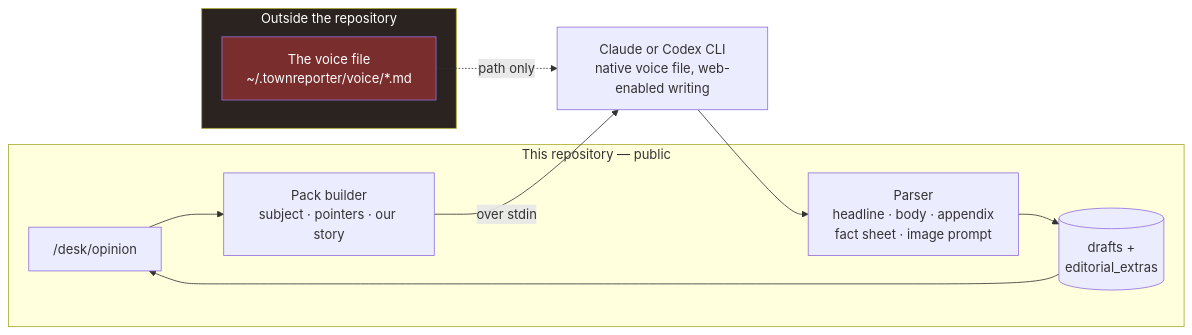
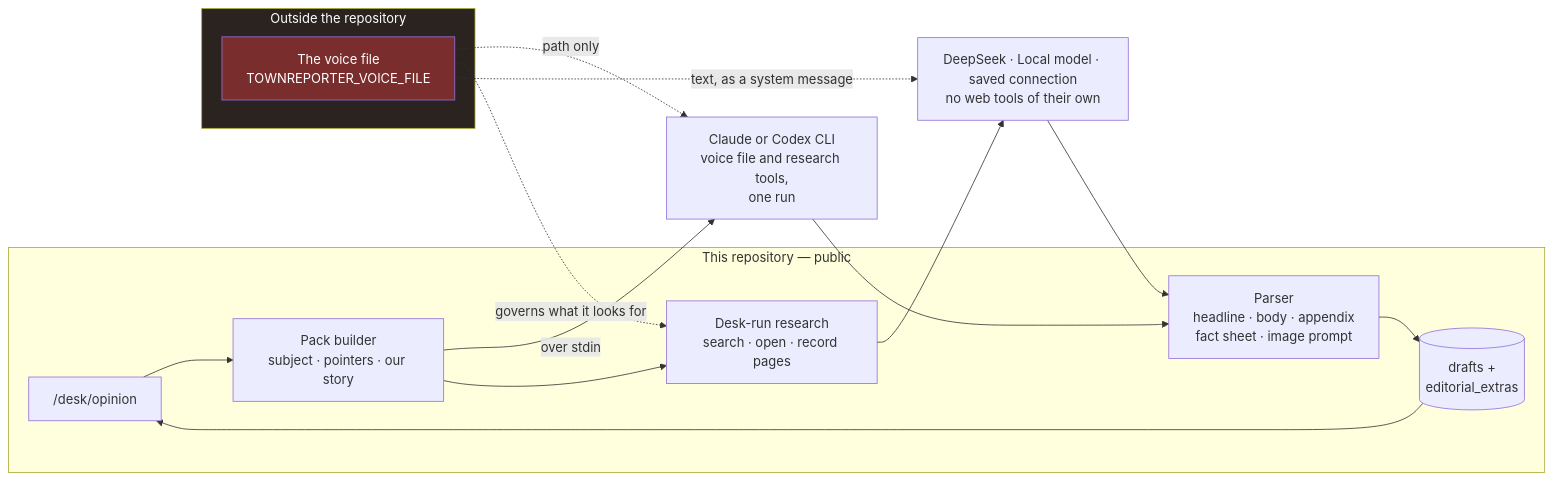
Before and after one commit to scottconverse/TownReporter: the diagram in docs/diagrams/opinion-voice-handoff.mmd, drawn with Mermaid. The commit also changed 51 other files, not shown here.

First line of the commit message:
docs: 0.6.84 release docs - full user manual, landing page, README, guides, diagrams

```diff
--- a/docs/diagrams/opinion-voice-handoff.mmd
+++ b/docs/diagrams/opinion-voice-handoff.mmd
@@ -1,21 +1,29 @@
 flowchart LR
     subgraph repo["This repository — public"]
         UI["/desk/opinion"]
         PACK["Pack builder<br/>subject · pointers · our story"]
+        RES["Desk-run research<br/>search · open · record pages"]
         PARSE["Parser<br/>headline · body · appendix<br/>fact sheet · image prompt"]
         DRAFTS[("drafts +<br/>editorial_extras")]
     end
 
     subgraph private["Outside the repository"]
-        VOICE["The voice file<br/>~/.townreporter/voice/*.md"]
+        VOICE["The voice file<br/>TOWNREPORTER_VOICE_FILE"]
     end
 
-    CLI["Claude or Codex CLI<br/>native voice file, web-enabled writing"]
+    CLI["Claude or Codex CLI<br/>voice file and research tools,<br/>one run"]
+    HTTP["DeepSeek · Local model · saved connection<br/>no web tools of their own"]
 
     UI --> PACK
     PACK -->|"over stdin"| CLI
     VOICE -.->|"path only"| CLI
-    CLI --> PARSE --> DRAFTS --> UI
+    PACK --> RES
+    VOICE -.->|"governs what it looks for"| RES
+    RES --> HTTP
+    VOICE -.->|"text, as a system message"| HTTP
+    CLI --> PARSE
+    HTTP --> PARSE
+    PARSE --> DRAFTS --> UI
 
     style private fill:#2a2320,color:#fff
     style VOICE fill:#7a2d2d,color:#fff
```
